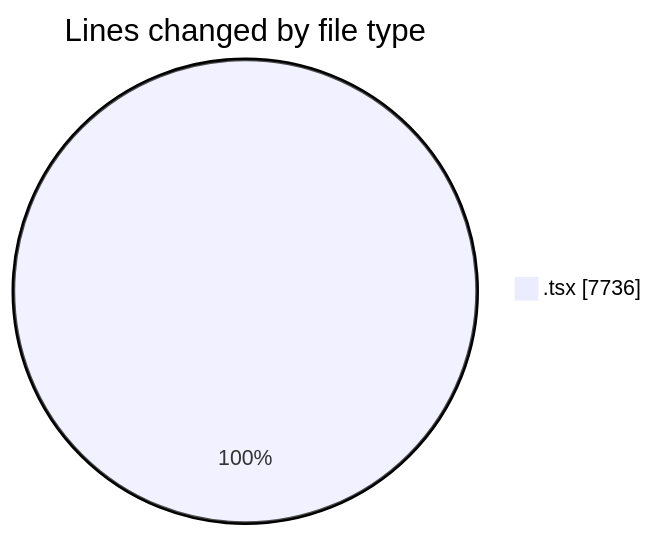
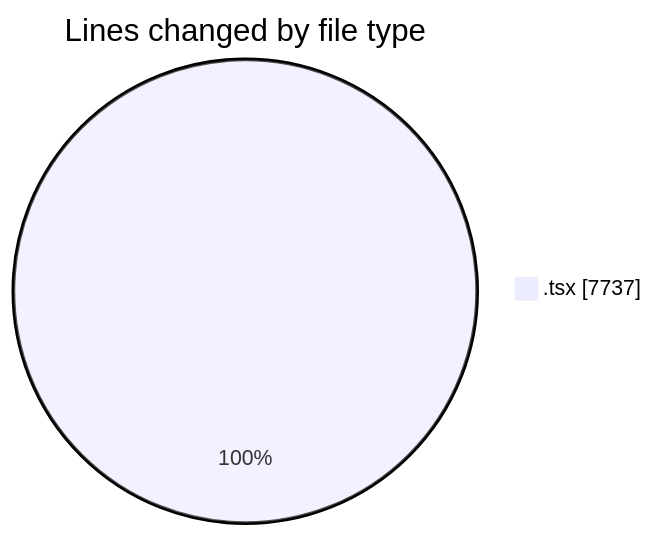
Before and after one commit to momahboobian/code-tracking: the first of 2 diagrams in 2025-12-04/cda/README.md, drawn with Mermaid. The commit also changed other lines of this file and 1 other file, not shown here.

````diff
--- a/2025-12-04/cda/README.md
+++ b/2025-12-04/cda/README.md
@@ -29,5 +29,5 @@
 ```mermaid
 pie showData
 title Lines changed by file type
-".tsx" : 7736
+".tsx" : 7737
 ```
````
